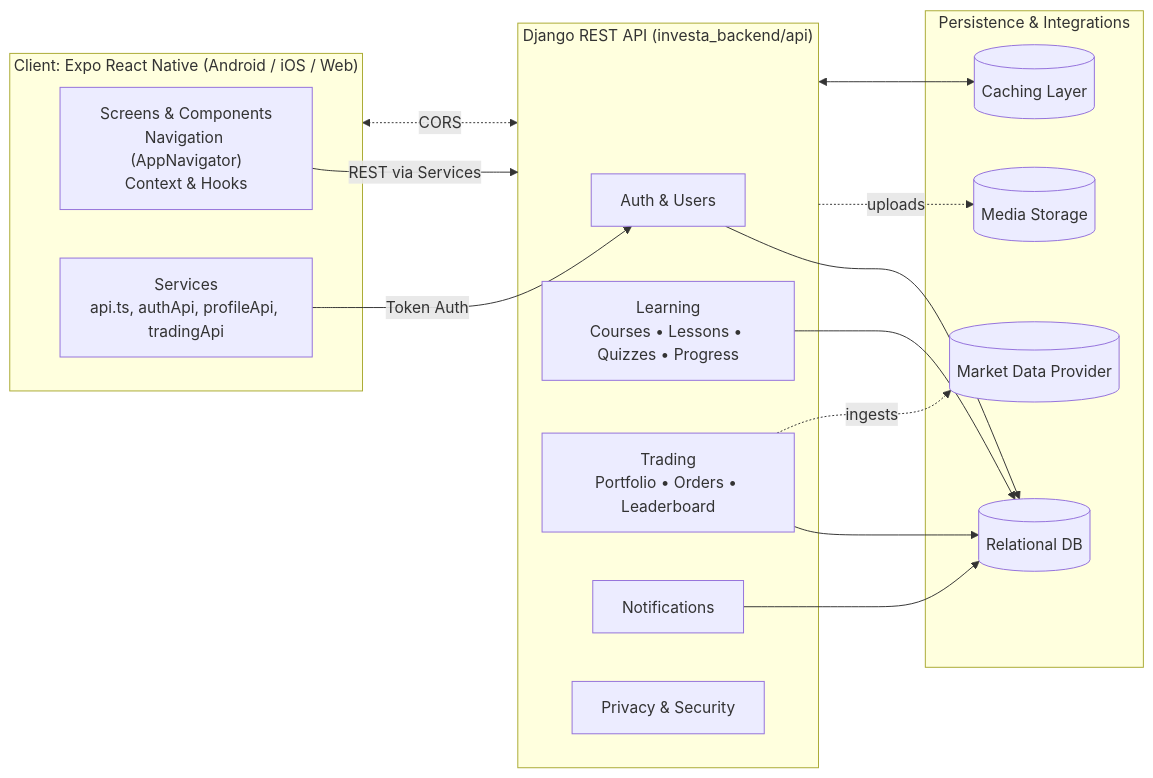
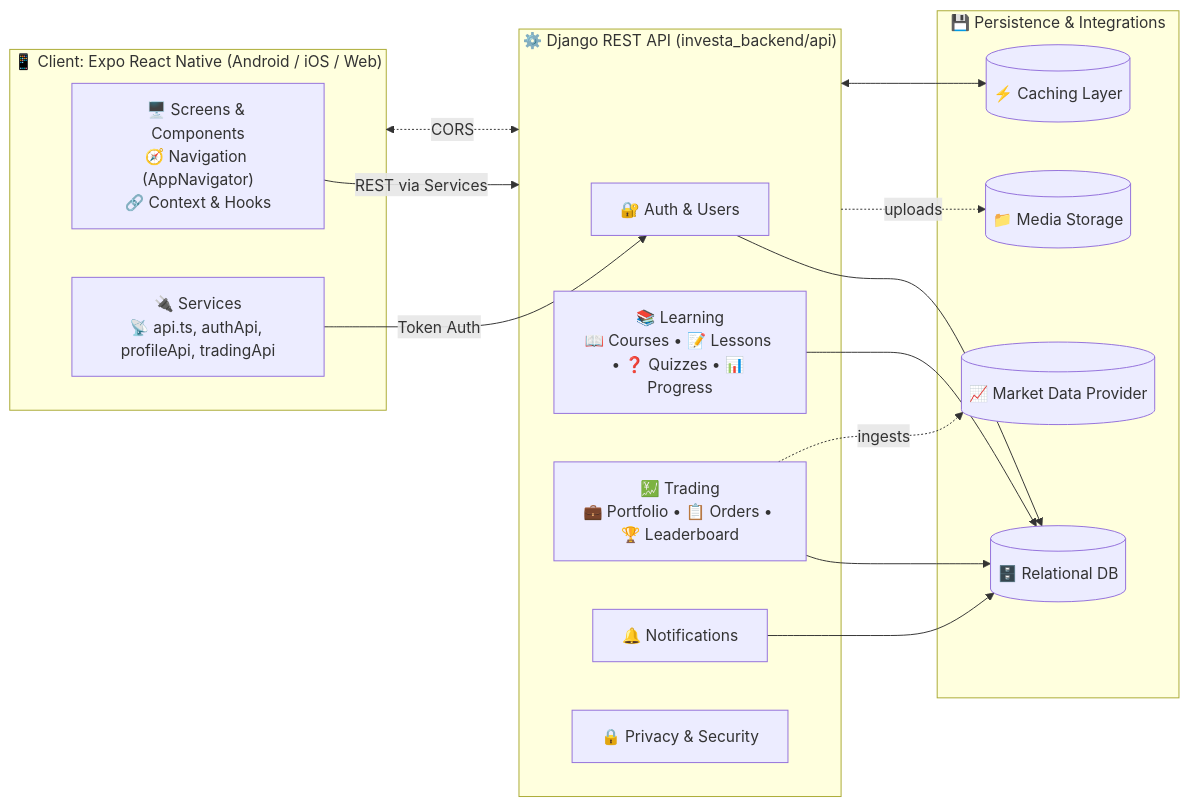
Before and after one commit to bhuwanb23/Investa: the diagram in README.md, drawn with Mermaid. The commit also changed other lines of this file and 6 other files, not shown here.

````diff
--- a/README.md
+++ b/README.md
@@ -65,37 +74,37 @@
 ```mermaid
 flowchart LR
   %% Client Layer
-  subgraph Client["Client: Expo React Native (Android / iOS / Web)"]
-    UI["Screens & Components\nNavigation (AppNavigator)\nContext & Hooks"]
-    Services["Services\napi.ts, authApi, profileApi, tradingApi"]
+  subgraph Client["📱 Client: Expo React Native (Android / iOS / Web)"]
+    UI["🖥️ Screens & Components\n🧭 Navigation (AppNavigator)\n🔗 Context & Hooks"]
+    Services["🔌 Services\n📡 api.ts, authApi, profileApi, tradingApi"]
   end
 
   %% API Layer
-  subgraph API["Django REST API (investa_backend/api)"]
-    Auth["Auth & Users"]
-    Learning["Learning\nCourses • Lessons • Quizzes • Progress"]
-    Trading["Trading\nPortfolio • Orders • Leaderboard"]
-    Notify["Notifications"]
-    Privacy["Privacy & Security"]
+  subgraph API["⚙️ Django REST API (investa_backend/api)"]
+    Auth["🔐 Auth & Users"]
+    Learning["📚 Learning\n📖 Courses • 📝 Lessons • ❓ Quizzes • 📊 Progress"]
+    Trading["💹 Trading\n💼 Portfolio • 📋 Orders • 🏆 Leaderboard"]
+    Notify["🔔 Notifications"]
+    Privacy["🔒 Privacy & Security"]
   end
 
   %% Data / Integrations
-  subgraph Data["Persistence & Integrations"]
-    DB[("Relational DB")]
-    Media[("Media Storage")]
-    Market[("Market Data Provider")]
-    Cache[("Caching Layer")] 
+  subgraph Data["💾 Persistence & Integrations"]
+    DB[("🗄️ Relational DB")]
+    Media[("📁 Media Storage")]
+    Market[("📈 Market Data Provider")]
+    Cache[("⚡ Caching Layer")] 
   end
 
   %% Flows
   UI -->|"REST via Services"| API
   Services -->|"Token Auth"| Auth
   Auth --> DB
   Learning --> DB
   Trading --> DB
   Notify --> DB
   API -. "uploads" .-> Media
   Trading -. "ingests" .-> Market
   API <--> Cache
   API <-. "CORS" .-> Client
 ```
````
